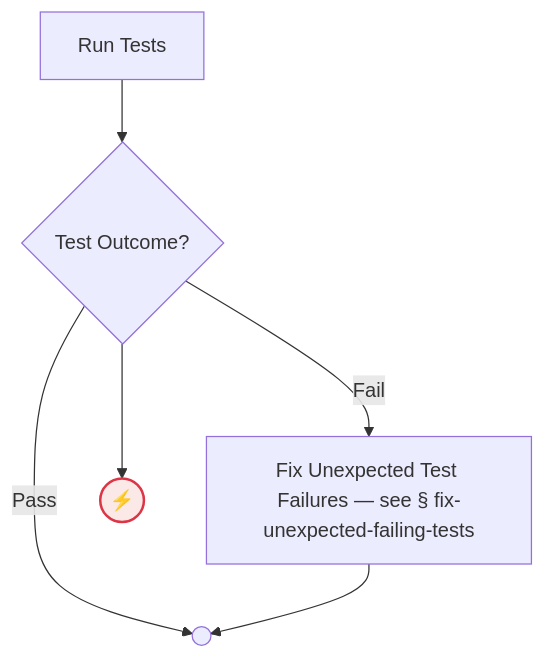
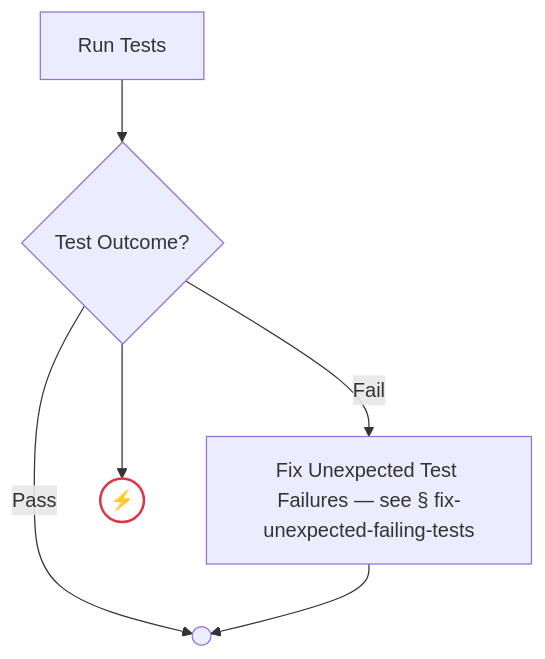
One commit to optivem/gh-optivem changed diagram 23 of 53 in docs/process-diagram.md. Above: the diagram before and after it, drawn with Mermaid. The commit also changed other lines of this file and 7 other files, not shown here.

Commit message:
atdd: regenerate process-flow diagram

````diff
--- a/docs/process-diagram.md
+++ b/docs/process-diagram.md
@@ -460,17 +460,17 @@
 ```mermaid
 flowchart TD
     FIX_UNEXPECTED_FAILING_TESTS[Fix Unexpected Test Failures — see § fix-unexpected-failing-tests]
     GATE_TESTS_OUTCOME{Test Outcome?}
     RUN_TESTS[Run Tests]
     UNKNOWN_TESTS_OUTCOME((⚡))
     VERIFY_PASS_END(( ))
 
     RUN_TESTS --> GATE_TESTS_OUTCOME
     GATE_TESTS_OUTCOME -- Pass --> VERIFY_PASS_END
     GATE_TESTS_OUTCOME -- Fail --> FIX_UNEXPECTED_FAILING_TESTS
     GATE_TESTS_OUTCOME --> UNKNOWN_TESTS_OUTCOME
     FIX_UNEXPECTED_FAILING_TESTS --> VERIFY_PASS_END
 
-    classDef errorEndNode fill:#fbe9e7,stroke:#dc3545,stroke-width:2px,color:#000000
+    classDef errorEndNode fill:#ffffff,stroke:#dc3545,stroke-width:2px,color:#000000
     class UNKNOWN_TESTS_OUTCOME errorEndNode
 ```
````
